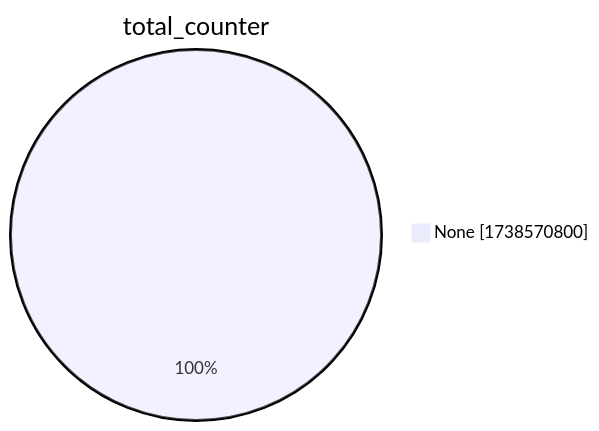
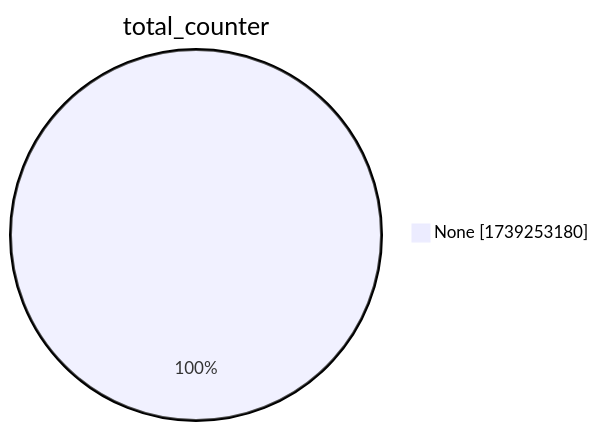
One commit to christiankrug/ctmonitor_visualization changed the second of 15 diagrams in xenon2022/README.md. Above: the diagram before and after it, drawn with Mermaid. The commit also changed other lines of this file, not shown here.

````diff
--- a/xenon2022/README.md
+++ b/xenon2022/README.md
@@ -9,5 +9,5 @@
 ```mermaid
 pie showData
 title total_counter
-"None" :1738570800
+"None" :1739253180
 ```
````
